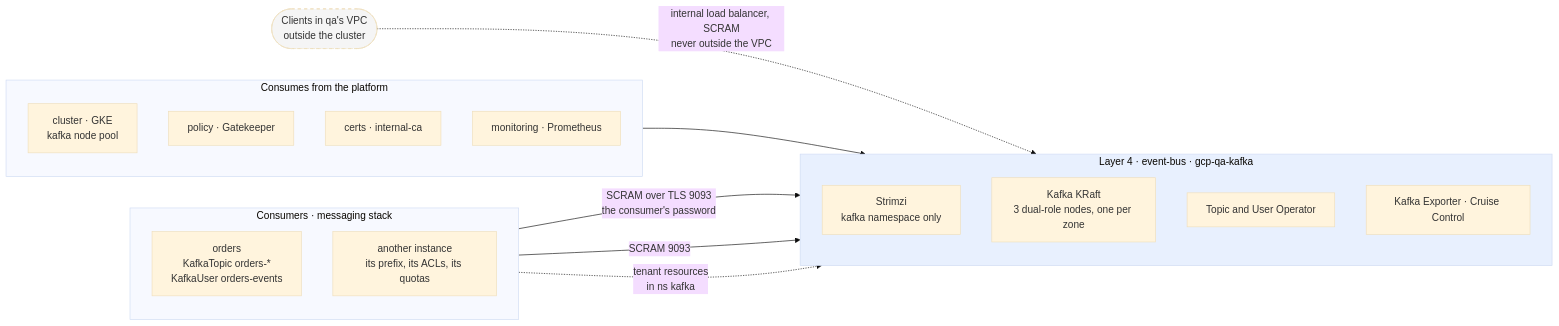
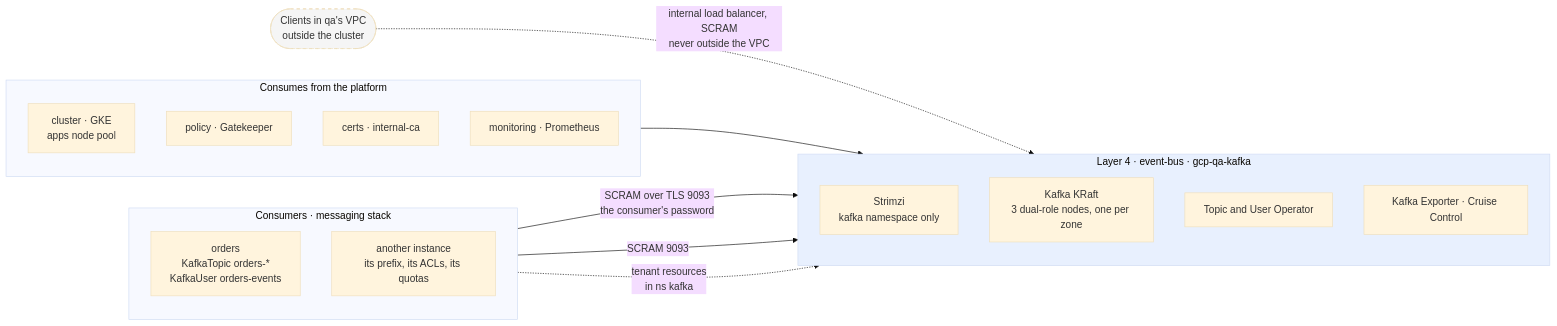
The diagram in docs/en/proposals/kafka-qa/diagrams/01-contexto.mmd (aescanero/proposal_documents), drawn with Mermaid (base theme) before and after one commit. The commit also changed 55 other files, not shown here.

First line of the commit message:
Two node pools per cluster: system and apps (es and en)

```diff
--- a/docs/en/proposals/kafka-qa/diagrams/01-contexto.mmd
+++ b/docs/en/proposals/kafka-qa/diagrams/01-contexto.mmd
@@ -1,33 +1,33 @@
 flowchart LR
     subgraph PLAT["Consumes from the platform"]
         direction TB
-        CL["cluster · GKE<br/>kafka node pool"]
+        CL["cluster · GKE<br/>apps node pool"]
         PO["policy · Gatekeeper"]
         CE["certs · internal-ca"]
         MO["monitoring · Prometheus"]
     end
 
     subgraph L4["Layer 4 · event-bus · gcp-qa-kafka"]
         direction TB
         OP["Strimzi<br/>kafka namespace only"]
         KC["Kafka KRaft<br/>3 dual-role nodes, one per zone"]
         EO["Topic and User Operator"]
         EX["Kafka Exporter · Cruise Control"]
     end
 
     subgraph CONS["Consumers · messaging stack"]
         direction TB
         A["orders<br/>KafkaTopic orders-*<br/>KafkaUser orders-events"]
         B["another instance<br/>its prefix, its ACLs, its quotas"]
     end
 
     EXT(["Clients in qa's VPC<br/>outside the cluster"])
 
     PLAT --> L4
     A -->|"SCRAM over TLS 9093<br/>the consumer's password"| KC
     B -->|"SCRAM 9093"| KC
     A -. "tenant resources<br/>in ns kafka" .-> EO
     EXT -. "internal load balancer, SCRAM<br/>never outside the VPC" .-> KC
 
     style L4 fill:#e8f0fe
     style EXT fill:#f5f5f5,stroke-dasharray: 5 5
```
